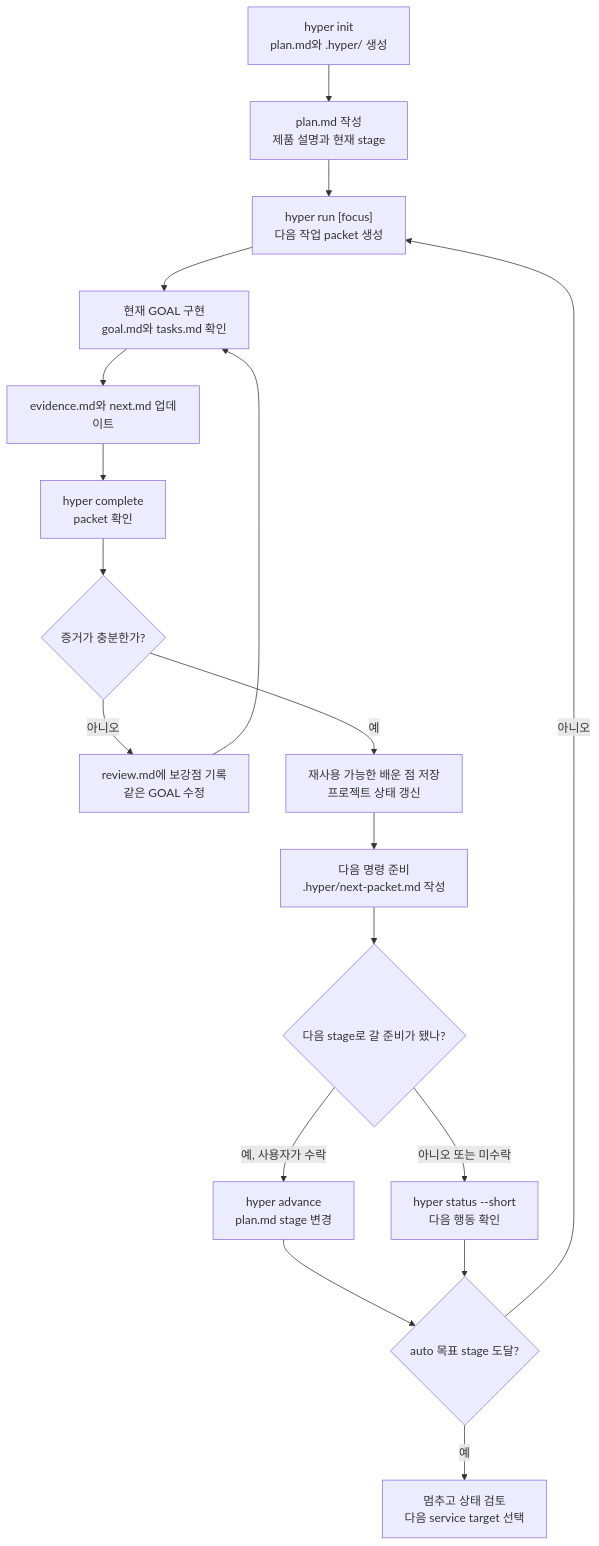
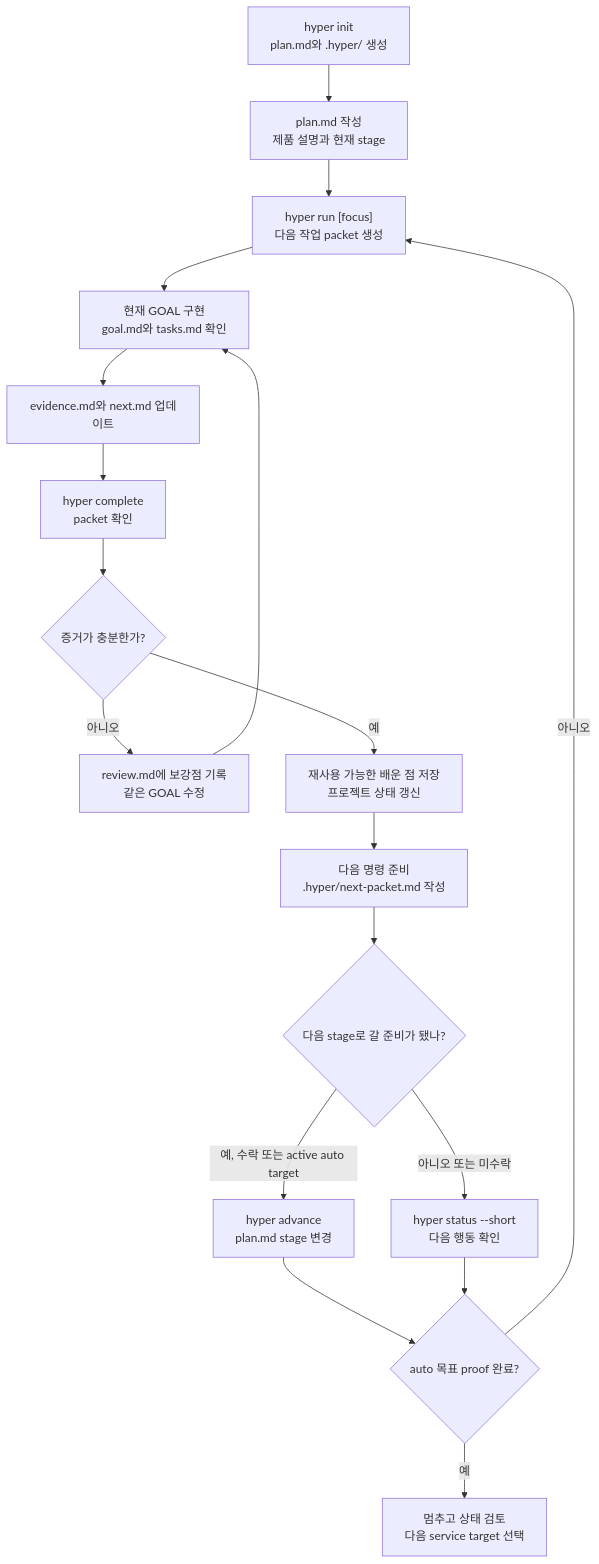
The diagram in README_ko.md (KoreanCode/orange-hyper-run), drawn with Mermaid before and after one commit. The commit also changed other lines of this file and 31 other files, not shown here.

Commit message:
Add plan-target auto run guards

````diff
--- a/README_ko.md
+++ b/README_ko.md
@@ -142,20 +147,20 @@
 ```mermaid
 flowchart TD
   A["hyper init<br/>plan.md와 .hyper/ 생성"] --> B["plan.md 작성<br/>제품 설명과 현재 stage"]
   B --> C["hyper run [focus]<br/>다음 작업 packet 생성"]
   C --> D["현재 GOAL 구현<br/>goal.md와 tasks.md 확인"]
   D --> E["evidence.md와 next.md 업데이트"]
   E --> F["hyper complete<br/>packet 확인"]
   F --> G{"증거가 충분한가?"}
   G -- "아니오" --> H["review.md에 보강점 기록<br/>같은 GOAL 수정"]
   H --> D
   G -- "예" --> I["재사용 가능한 배운 점 저장<br/>프로젝트 상태 갱신"]
   I --> J["다음 명령 준비<br/>.hyper/next-packet.md 작성"]
   J --> K{"다음 stage로 갈 준비가 됐나?"}
-  K -- "예, 사용자가 수락" --> L["hyper advance<br/>plan.md stage 변경"]
+  K -- "예, 수락 또는 active auto target" --> L["hyper advance<br/>plan.md stage 변경"]
   K -- "아니오 또는 미수락" --> M["hyper status --short<br/>다음 행동 확인"]
-  L --> N{"auto 목표 stage 도달?"}
+  L --> N{"auto 목표 proof 완료?"}
   M --> N
   N -- "아니오" --> C
   N -- "예" --> O["멈추고 상태 검토<br/>다음 service target 선택"]
 ```
````
